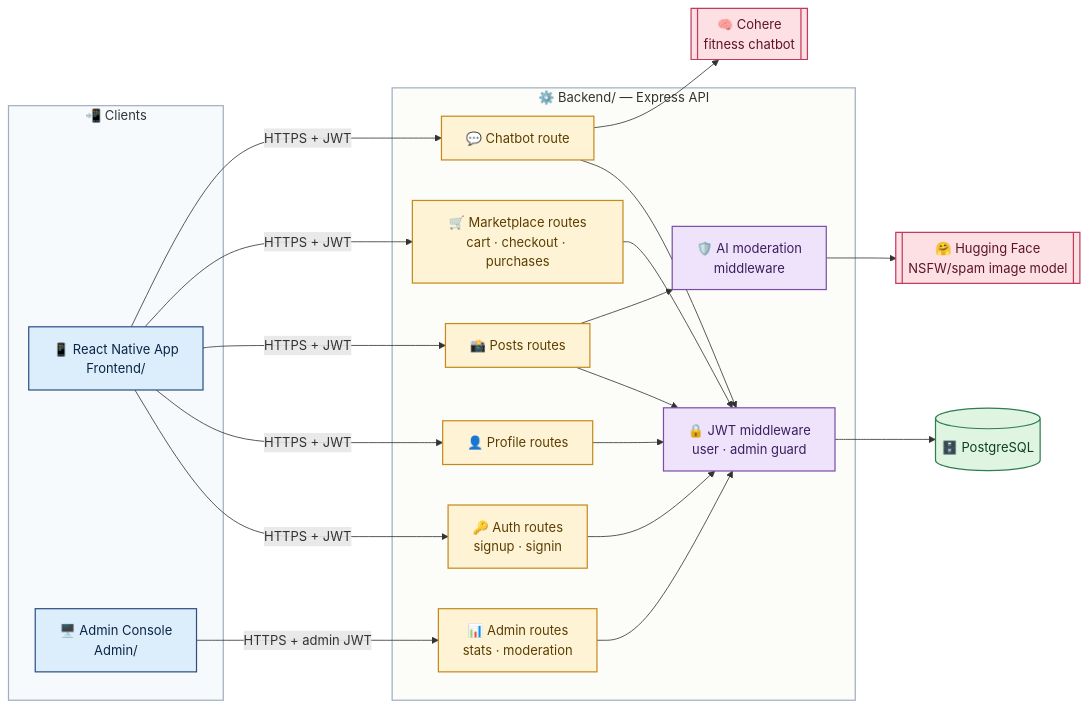
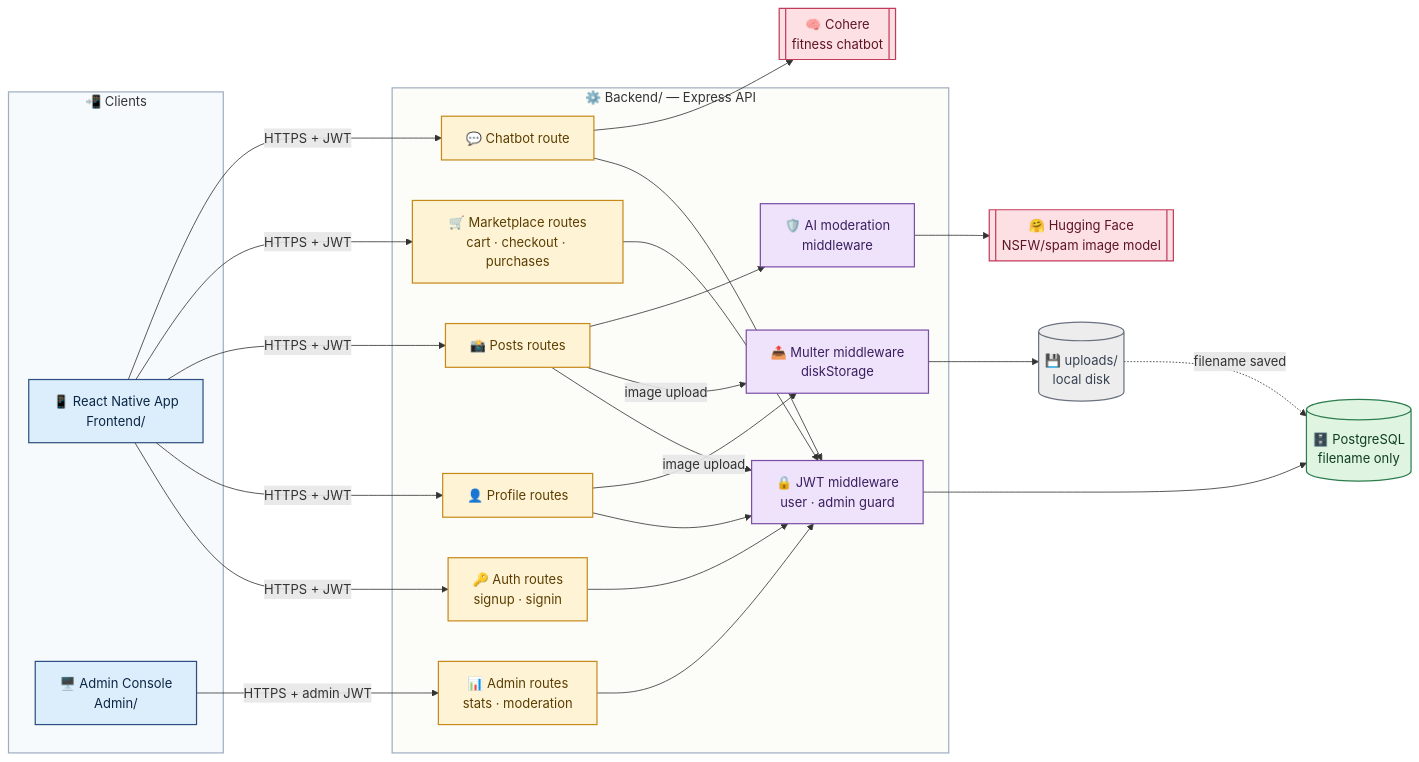
The diagram in README.md (fadyabirached/sapphire), drawn with Mermaid before and after one commit. The commit also changed 1 other file, not shown here.

Commit message:
Add image storage (Multer + local disk) to architecture diagram

````diff
--- a/README.md
+++ b/README.md
@@ -99,44 +99,50 @@
 ```mermaid
 flowchart LR
     subgraph Clients["📲 Clients"]
         RN["📱 React Native App<br/>Frontend/"]
         AD["🖥️ Admin Console<br/>Admin/"]
     end
 
     subgraph Backend["⚙️ Backend/ — Express API"]
         AUTH["🔑 Auth routes<br/>signup · signin"]
         PROF["👤 Profile routes"]
         POST["📸 Posts routes"]
         MKT["🛒 Marketplace routes<br/>cart · checkout · purchases"]
         ADM["📊 Admin routes<br/>stats · moderation"]
         CHAT["💬 Chatbot route"]
         MW["🔒 JWT middleware<br/>user · admin guard"]
+        UPLOAD["📤 Multer middleware<br/>diskStorage"]
         SPAM["🛡️ AI moderation<br/>middleware"]
     end
 
-    DB[("🗄️ PostgreSQL")]
+    DB[("🗄️ PostgreSQL<br/>filename only")]
+    FS[("💾 uploads/<br/>local disk")]
     HF[["🤗 Hugging Face<br/>NSFW/spam image model"]]
     CO[["🧠 Cohere<br/>fitness chatbot"]]
 
     RN -->|"HTTPS + JWT"| AUTH & PROF & POST & MKT & CHAT
     AD -->|"HTTPS + admin JWT"| ADM
     AUTH & PROF & POST & MKT & ADM & CHAT --> MW
     MW --> DB
+    POST & PROF -->|"image upload"| UPLOAD --> FS
     POST --> SPAM --> HF
     CHAT --> CO
+    FS -.->|"filename saved"| DB
 
     classDef client fill:#DCEEFB,stroke:#2C4F83,stroke-width:1.5px,color:#0B2545;
     classDef route fill:#FFF3D6,stroke:#C68A1A,stroke-width:1.5px,color:#5A3E00;
     classDef guard fill:#EFE3FB,stroke:#7B4FA6,stroke-width:1.5px,color:#3B1E5E;
     classDef store fill:#DFF5E1,stroke:#2E7D4F,stroke-width:1.5px,color:#0F3D22;
+    classDef disk fill:#EDEDED,stroke:#6B7280,stroke-width:1.5px,color:#374151;
     classDef ai fill:#FCE0E4,stroke:#C23B5A,stroke-width:1.5px,color:#5E1425;
 
     class RN,AD client;
     class AUTH,PROF,POST,MKT,ADM,CHAT route;
-    class MW,SPAM guard;
+    class MW,UPLOAD,SPAM guard;
     class DB store;
+    class FS disk;
     class HF,CO ai;
 
     style Clients fill:#F7FAFC,stroke:#A0AEC0,stroke-width:1.5px;
     style Backend fill:#FCFCF9,stroke:#A0AEC0,stroke-width:1.5px;
 ```
````
